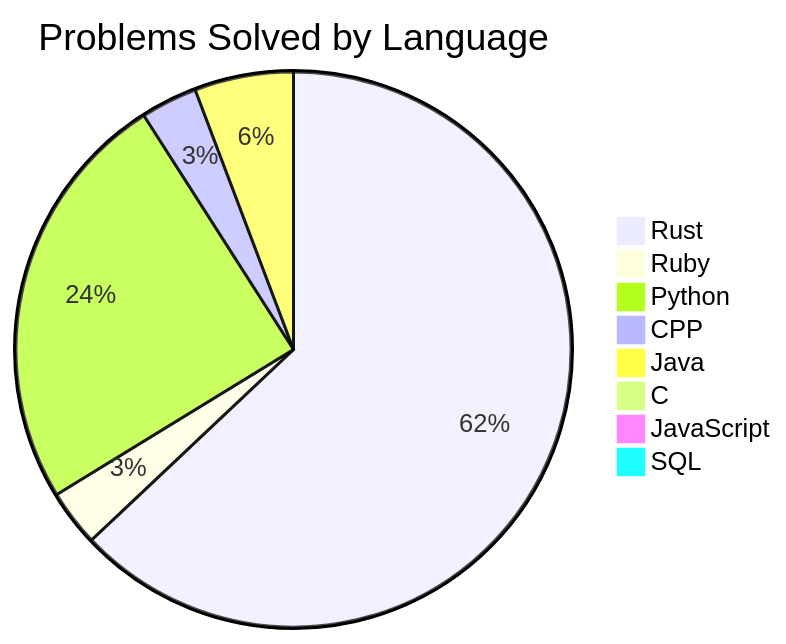
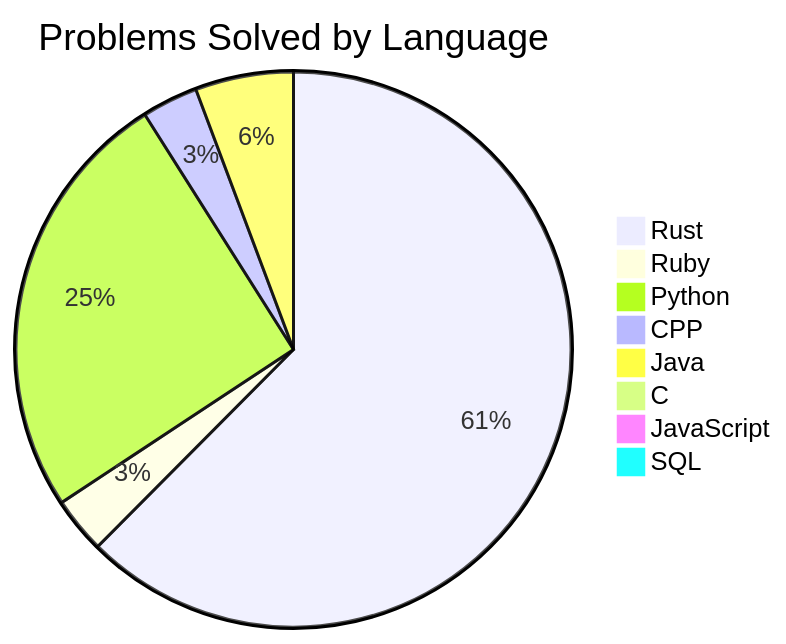
One commit to Liam-Wirth/leetcode-solutions changed the second of 2 diagrams in README.md. Above: the diagram before and after it, drawn with Mermaid. The commit also changed other lines of this file and 3 other files, not shown here.

````diff
--- a/README.md
+++ b/README.md
@@ -47,11 +47,11 @@
 ```mermaid
 pie title Problems Solved by Language
     "Rust": 153
     "Ruby": 8
-    "Python": 60
+    "Python": 62
     "CPP": 8
     "Java": 14
     "C": 1
     "JavaScript": 2
     "SQL": 2
 ```
````
